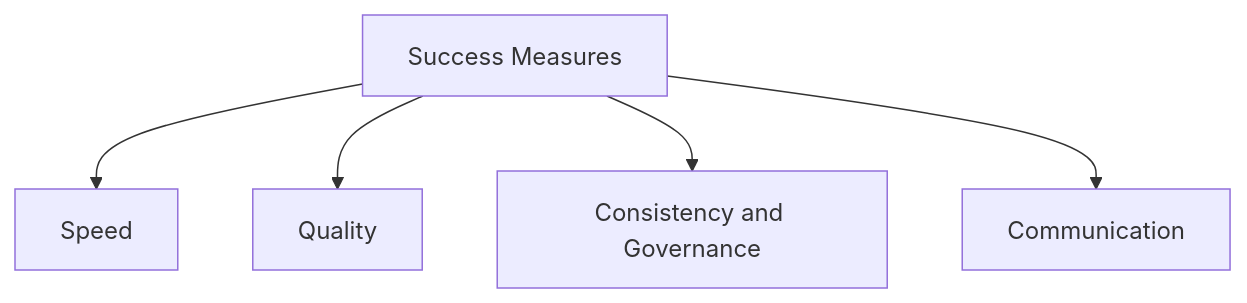
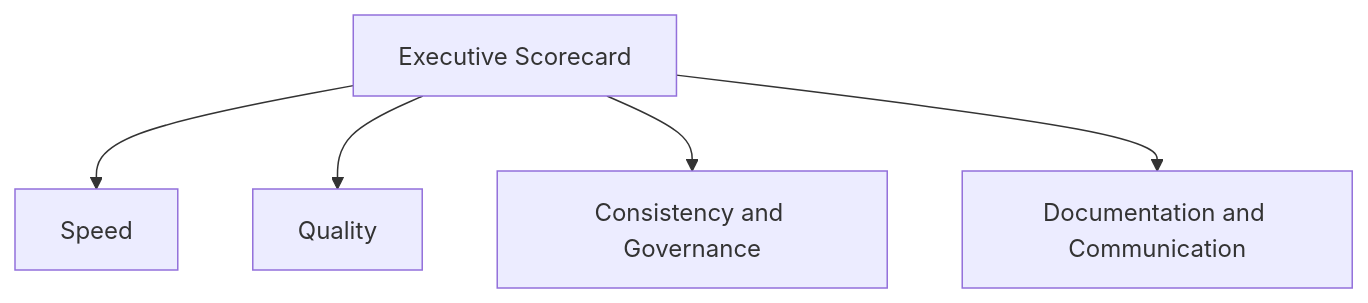
Diagram 23 of 26 in creolytix-ai-delivery-model.md (refat-asadullah-creolytix-dev/refat-asadullah-creolytix-dev), drawn with Mermaid before and after one commit. The commit also changed other lines of this file, not shown here.

````diff
--- a/creolytix-ai-delivery-model.md
+++ b/creolytix-ai-delivery-model.md
@@ -666,7 +787,7 @@
 ```mermaid
 flowchart TB
-    A[Success Measures] --> B[Speed]
+    A[Executive Scorecard] --> B[Speed]
     A --> C[Quality]
     A --> D[Consistency and Governance]
-    A --> E[Communication]
+    A --> E[Documentation and Communication]
 ```
````
